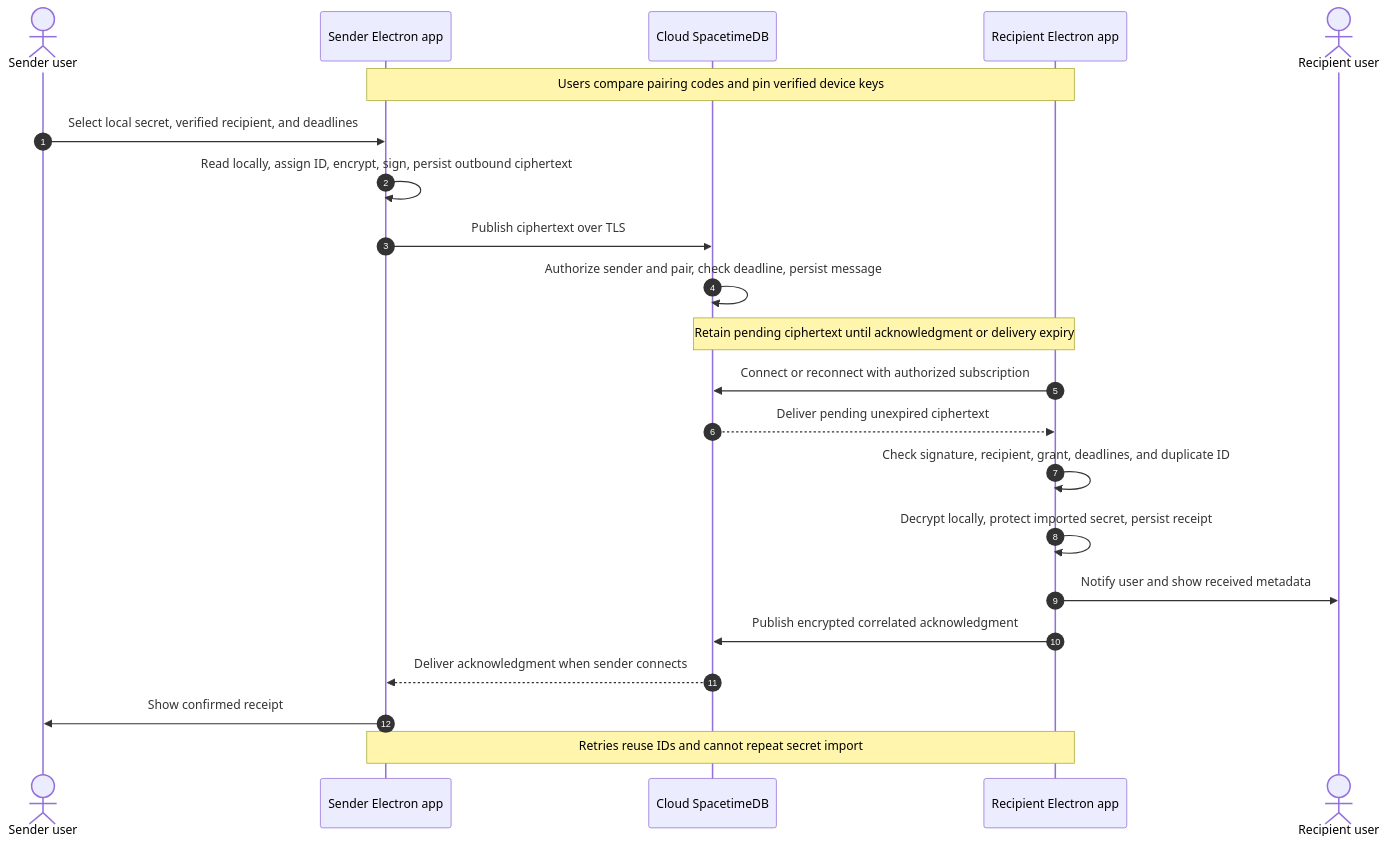
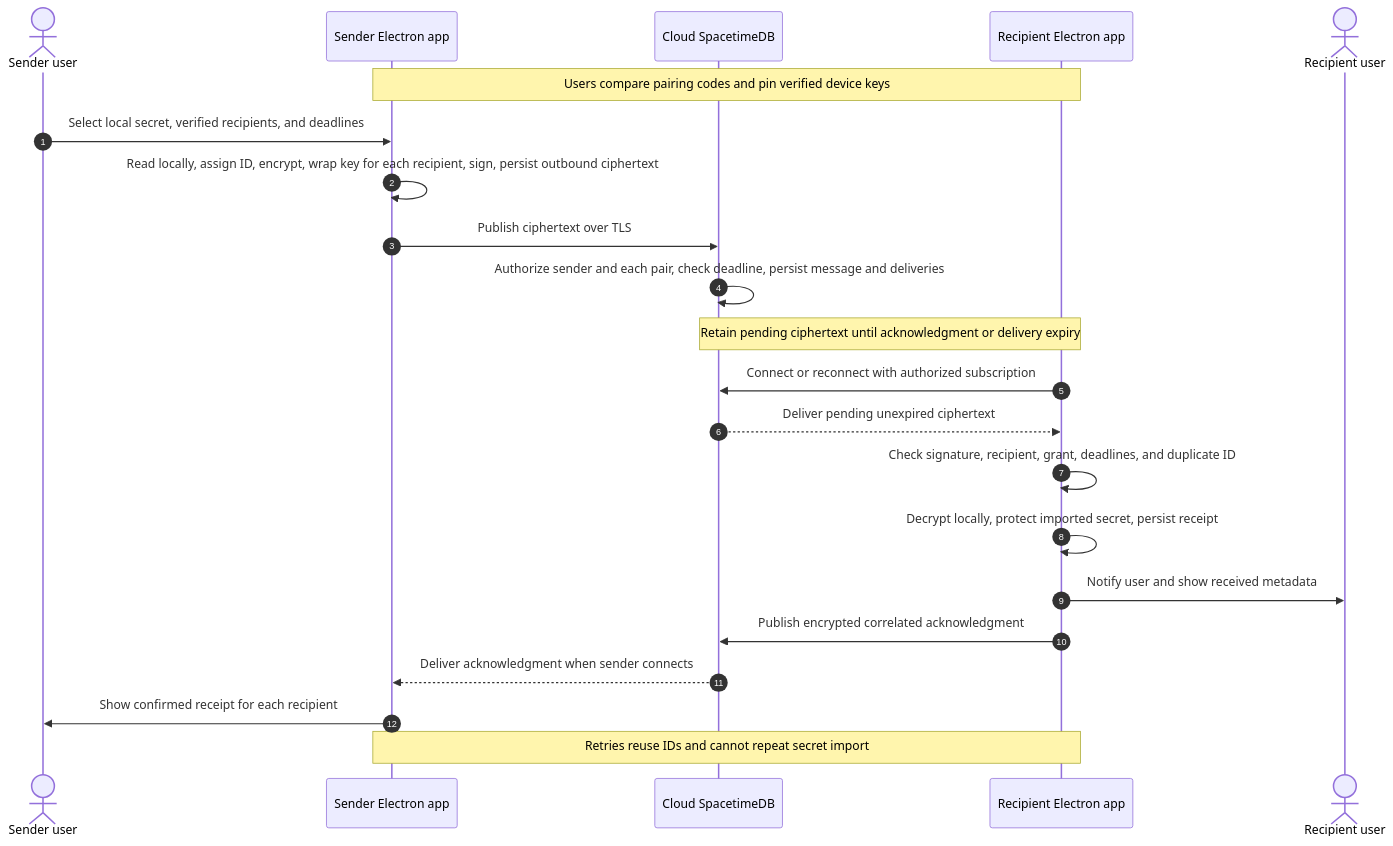
One commit to LakshyaDhingra/.sct changed the second of 2 diagrams in docs/architecture.md. Above: the diagram before and after it, drawn with Mermaid. The commit also changed other lines of this file and 2 other files, not shown here.

First line of the commit message:
Define the relay schema and communication contract (#11)

````diff
--- a/docs/architecture.md
+++ b/docs/architecture.md
@@ -63,24 +69,24 @@
 ```mermaid
 sequenceDiagram
   autonumber
   actor SUser as Sender user
   participant S as Sender Electron app
   participant DB as Cloud SpacetimeDB
   participant R as Recipient Electron app
   actor RUser as Recipient user
   Note over S,R: Users compare pairing codes and pin verified device keys
-  SUser->>S: Select local secret, verified recipient, and deadlines
-  S->>S: Read locally, assign ID, encrypt, sign, persist outbound ciphertext
+  SUser->>S: Select local secret, verified recipients, and deadlines
+  S->>S: Read locally, assign ID, encrypt, wrap key for each recipient, sign, persist outbound ciphertext
   S->>DB: Publish ciphertext over TLS
-  DB->>DB: Authorize sender and pair, check deadline, persist message
+  DB->>DB: Authorize sender and each pair, check deadline, persist message and deliveries
   Note over DB,R: Retain pending ciphertext until acknowledgment or delivery expiry
   R->>DB: Connect or reconnect with authorized subscription
   DB-->>R: Deliver pending unexpired ciphertext
   R->>R: Check signature, recipient, grant, deadlines, and duplicate ID
   R->>R: Decrypt locally, protect imported secret, persist receipt
   R->>RUser: Notify user and show received metadata
   R->>DB: Publish encrypted correlated acknowledgment
   DB-->>S: Deliver acknowledgment when sender connects
-  S->>SUser: Show confirmed receipt
+  S->>SUser: Show confirmed receipt for each recipient
   Note over S,R: Retries reuse IDs and cannot repeat secret import
 ```
````
